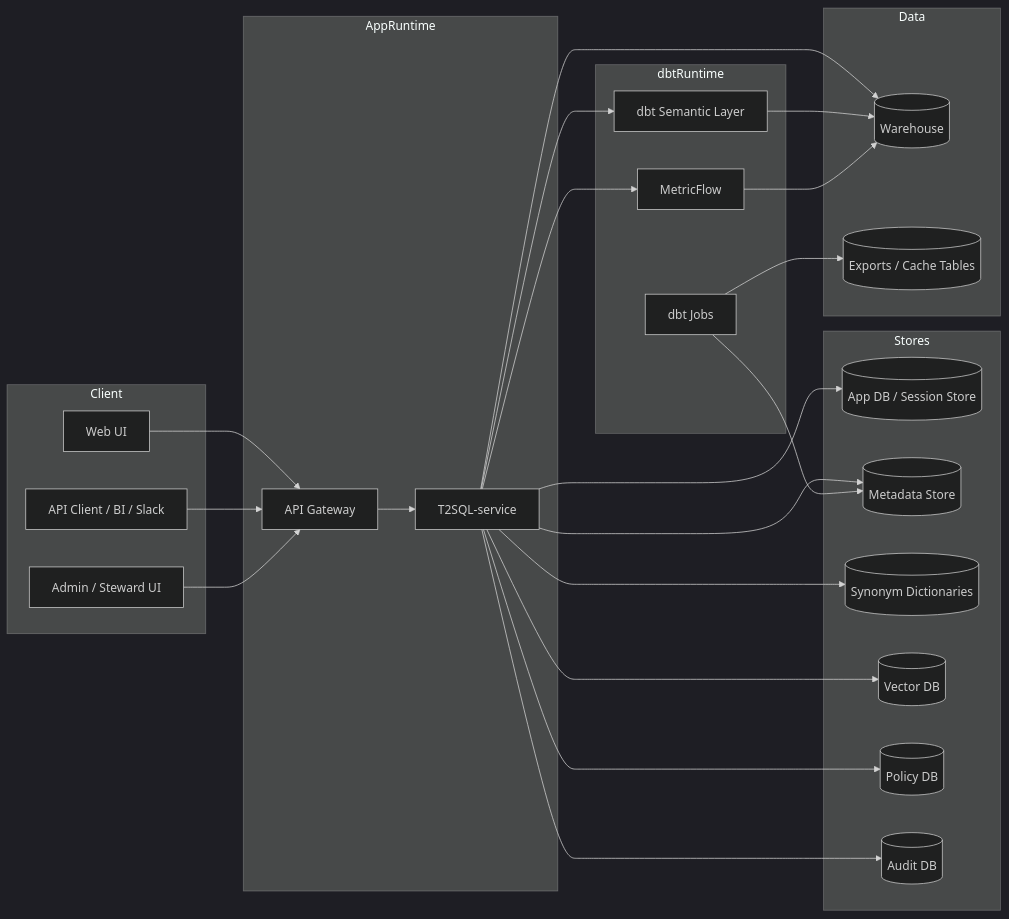
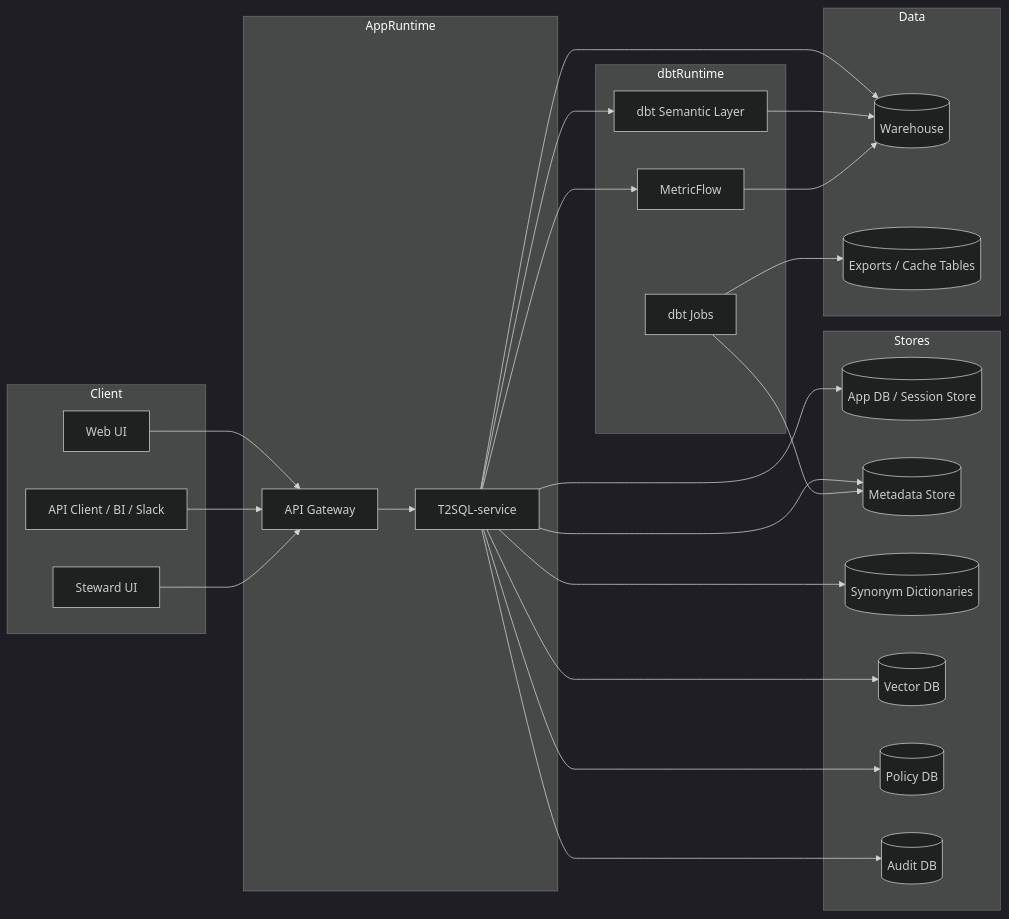
The seventh of 7 diagrams in docs/integration-scenarios.md (MikeYu123/texttosql), drawn with Mermaid (dark theme) before and after one commit. The commit also changed other lines of this file and 1 other file, not shown here.

Commit message:
Rename steward UI references in docs

````diff
--- a/docs/integration-scenarios.md
+++ b/docs/integration-scenarios.md
@@ -163,51 +163,51 @@
 ```mermaid
 flowchart LR
     subgraph Client
         Web[Web UI]
         APIClient[API Client / BI / Slack]
-        StewardUI[Admin / Steward UI]
+        StewardUI[Steward UI]
     end
 
     subgraph AppRuntime
         Gateway[API Gateway]
         T2SQL[T2SQL-service]
     end
 
     subgraph Stores
         AppDB[(App DB / Session Store)]
         Metadata[(Metadata Store)]
         Synonyms[(Synonym Dictionaries)]
         VectorDB[(Vector DB)]
         PolicyDB[(Policy DB)]
         AuditDB[(Audit DB)]
     end
 
     subgraph dbtRuntime
         dbtJob[dbt Jobs]
         SemanticLayer[dbt Semantic Layer]
         MetricFlow[MetricFlow]
     end
 
     subgraph Data
         DWH[(Warehouse)]
         Cache[(Exports / Cache Tables)]
     end
 
     Web --> Gateway
     APIClient --> Gateway
     StewardUI --> Gateway
     Gateway --> T2SQL
     T2SQL --> AppDB
     T2SQL --> Metadata
     T2SQL --> Synonyms
     T2SQL --> VectorDB
     T2SQL --> PolicyDB
     T2SQL --> SemanticLayer
     T2SQL --> MetricFlow
     T2SQL --> DWH
     SemanticLayer --> DWH
     MetricFlow --> DWH
     dbtJob --> Metadata
     dbtJob --> Cache
     T2SQL --> AuditDB
 ```
````
